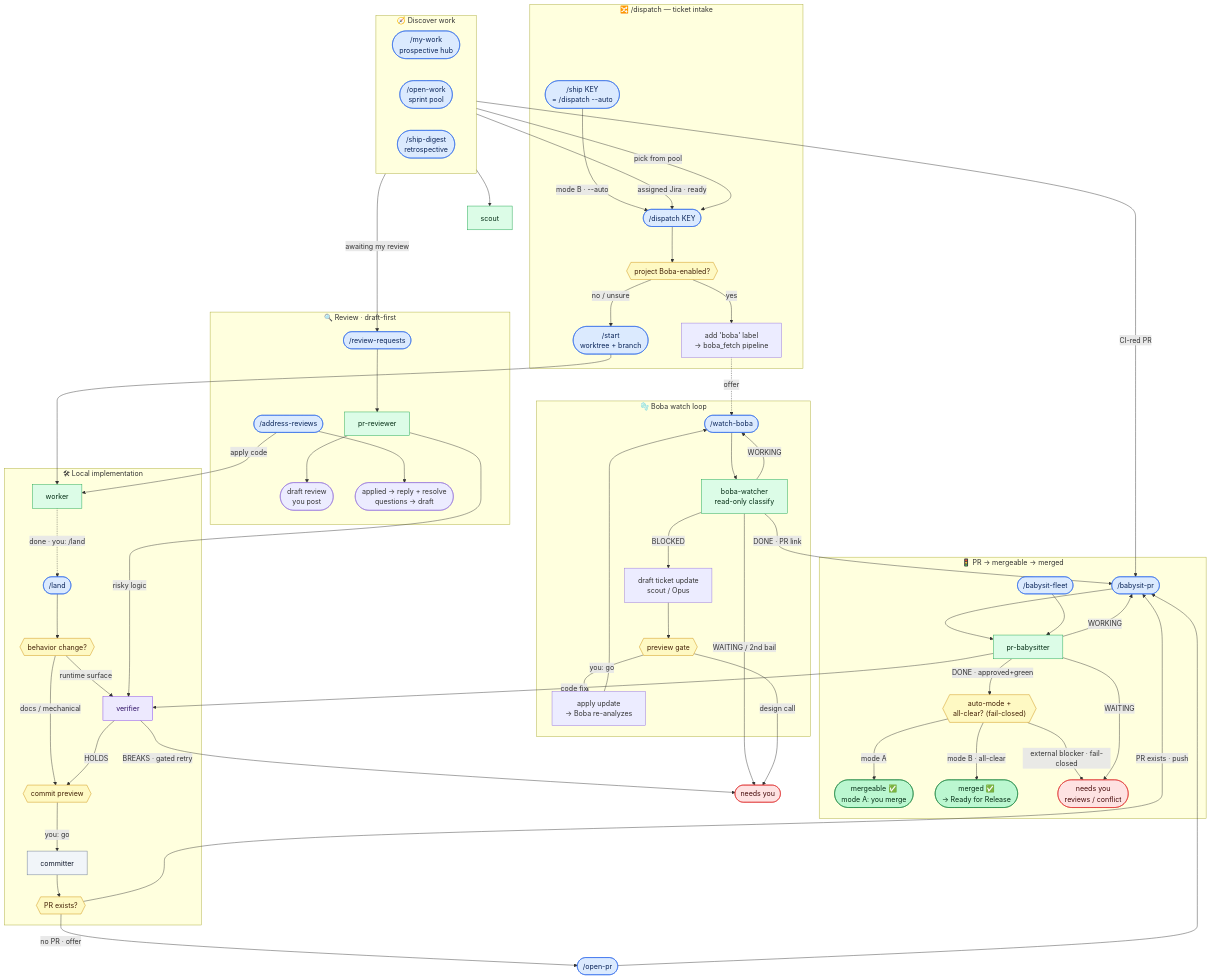
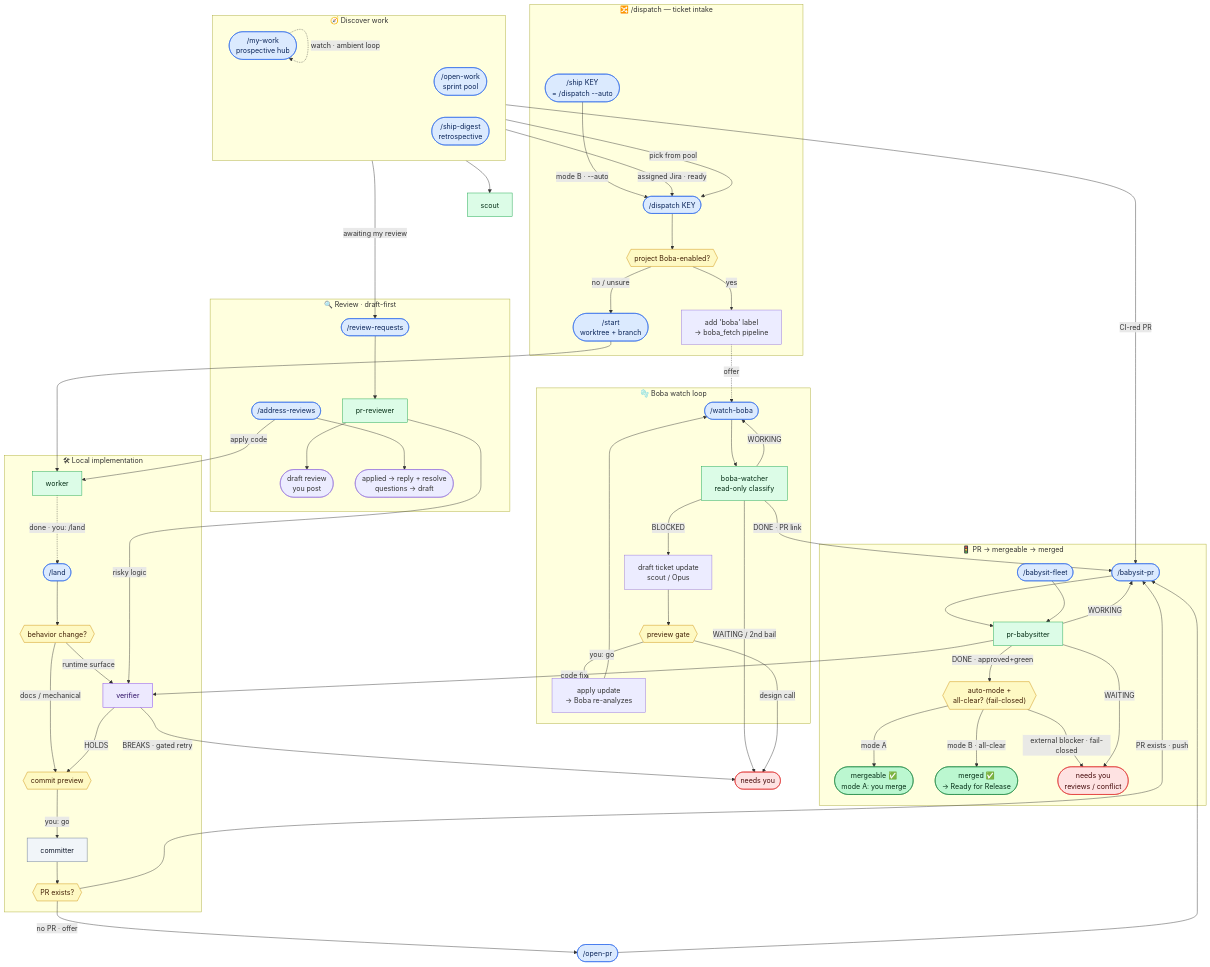
Before and after one commit to timopruesse/.dotfiles: the diagram in WORKFLOWS.md, drawn with Mermaid. The commit also changed other lines of this file and 3 other files, not shown here.

First line of the commit message:
feat(claude): add ambient-loop mode for /my-work watch

```diff
--- a/WORKFLOWS.md
+++ b/WORKFLOWS.md
@@ -68,6 +68,7 @@
     MW -->|"assigned Jira · ready"| DSP
     MW -->|"CI-red PR"| BP
     MW -->|"awaiting my review"| RR
+    MW -.->|"watch · ambient loop"| MW
     OW -->|"pick from pool"| DSP
     SD --> SCOUT
 
```
